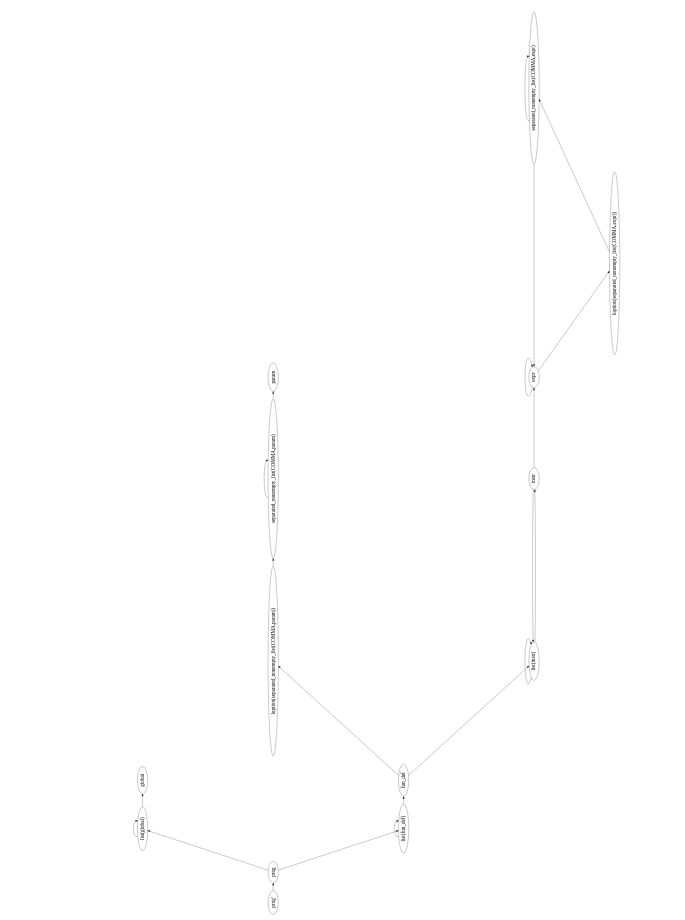
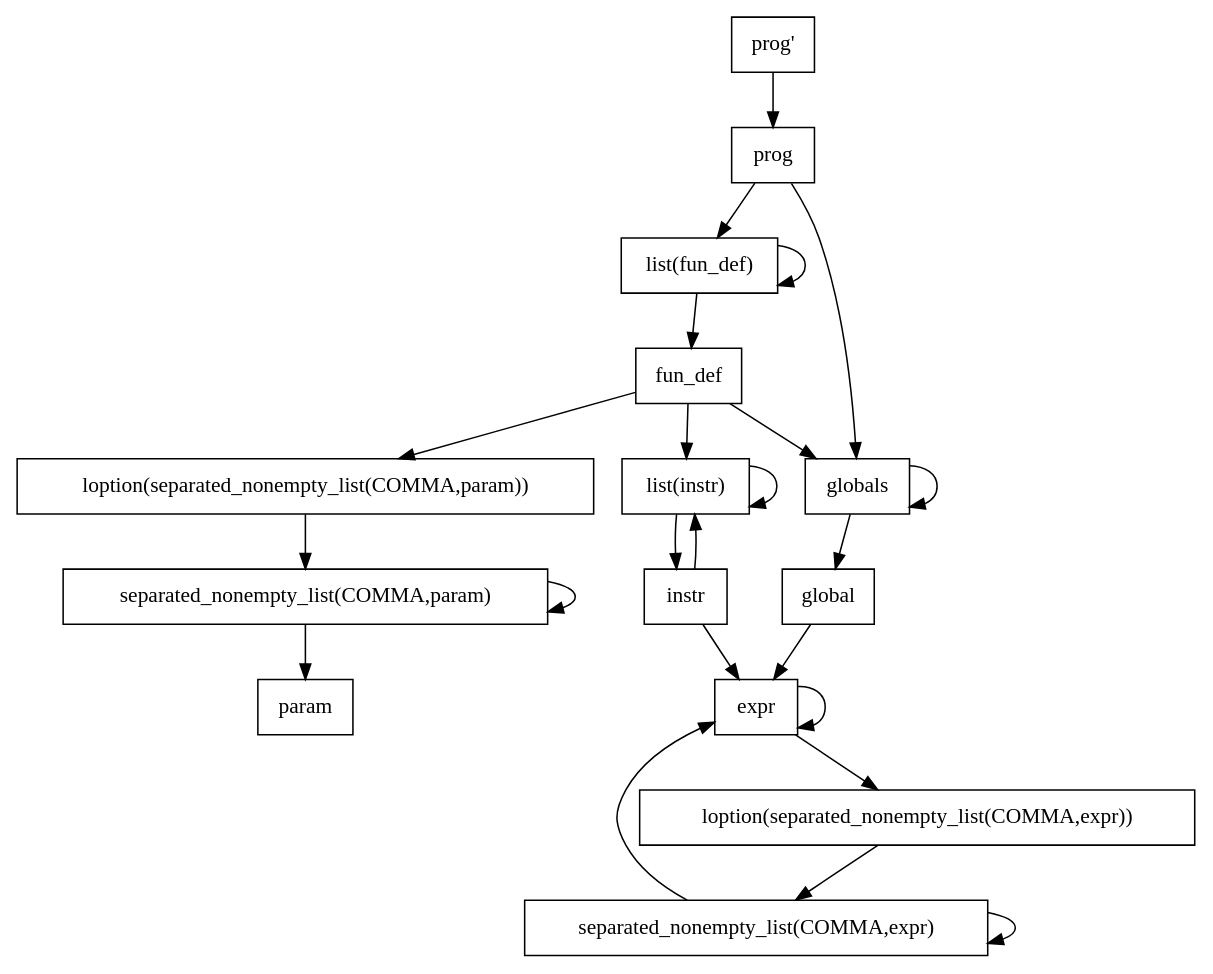
One commit to PhamAlexT/Compilateur-MiniC changed the diagram in AnalyseurSyntaxique.dot. Above: the diagram before and after it, drawn with Graphviz. The commit also changed 9 other files, not shown here.

Commit message:
ajout Graph + fichier ex

```diff
--- a/AnalyseurSyntaxique.dot
+++ b/AnalyseurSyntaxique.dot
@@ -1,41 +1,42 @@
 digraph G {
-size="8,6"; ratio=fill; node[fontsize=24];
-orientation = landscape;
-rankdir = LR;
+node [shape=box];
+ratio = fill;
 nt0 [ label="prog'" ] ;
 nt1 [ label="separated_nonempty_list(COMMA,param)" ] ;
 nt2 [ label="separated_nonempty_list(COMMA,expr)" ] ;
 nt3 [ label="prog" ] ;
 nt4 [ label="param" ] ;
 nt5 [ label="loption(separated_nonempty_list(COMMA,param))" ] ;
 nt6 [ label="loption(separated_nonempty_list(COMMA,expr))" ] ;
 nt7 [ label="list(instr)" ] ;
-nt8 [ label="list(global)" ] ;
-nt9 [ label="list(fun_def)" ] ;
-nt10 [ label="instr" ] ;
+nt8 [ label="list(fun_def)" ] ;
+nt9 [ label="instr" ] ;
+nt10 [ label="globals" ] ;
 nt11 [ label="global" ] ;
 nt12 [ label="fun_def" ] ;
 nt13 [ label="expr" ] ;
 nt0 -> nt3 [ label="" ] ;
 nt1 -> nt1 [ label="" ] ;
 nt1 -> nt4 [ label="" ] ;
 nt2 -> nt2 [ label="" ] ;
 nt2 -> nt13 [ label="" ] ;
 nt3 -> nt8 [ label="" ] ;
-nt3 -> nt9 [ label="" ] ;
+nt3 -> nt10 [ label="" ] ;
 nt5 -> nt1 [ label="" ] ;
 nt6 -> nt2 [ label="" ] ;
 nt7 -> nt7 [ label="" ] ;
-nt7 -> nt10 [ label="" ] ;
+nt7 -> nt9 [ label="" ] ;
 nt8 -> nt8 [ label="" ] ;
-nt8 -> nt11 [ label="" ] ;
-nt9 -> nt9 [ label="" ] ;
-nt9 -> nt12 [ label="" ] ;
-nt10 -> nt7 [ label="" ] ;
-nt10 -> nt13 [ label="" ] ;
+nt8 -> nt12 [ label="" ] ;
+nt9 -> nt7 [ label="" ] ;
+nt9 -> nt13 [ label="" ] ;
+nt10 -> nt10 [ label="" ] ;
+nt10 -> nt11 [ label="" ] ;
+nt11 -> nt13 [ label="" ] ;
 nt12 -> nt5 [ label="" ] ;
 nt12 -> nt7 [ label="" ] ;
+nt12 -> nt10 [ label="" ] ;
 nt13 -> nt6 [ label="" ] ;
 nt13 -> nt13 [ label="" ] ;
 
 }
```
